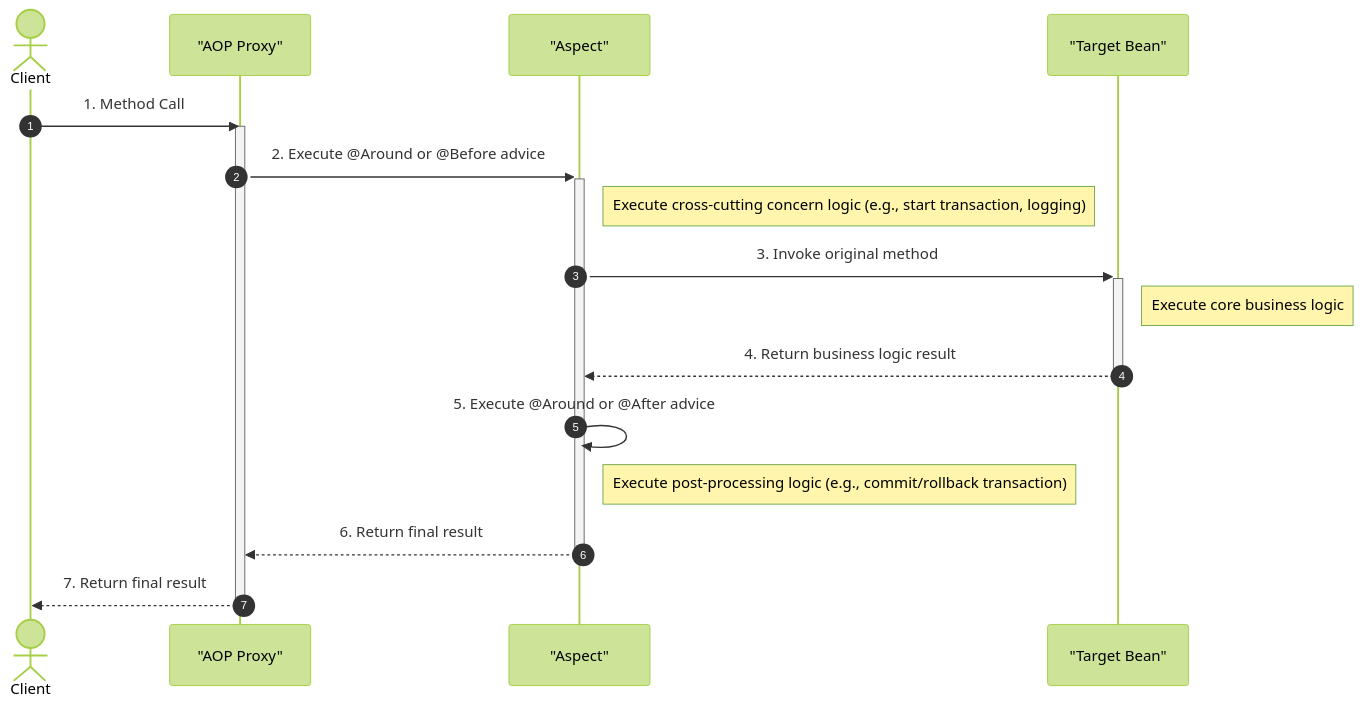
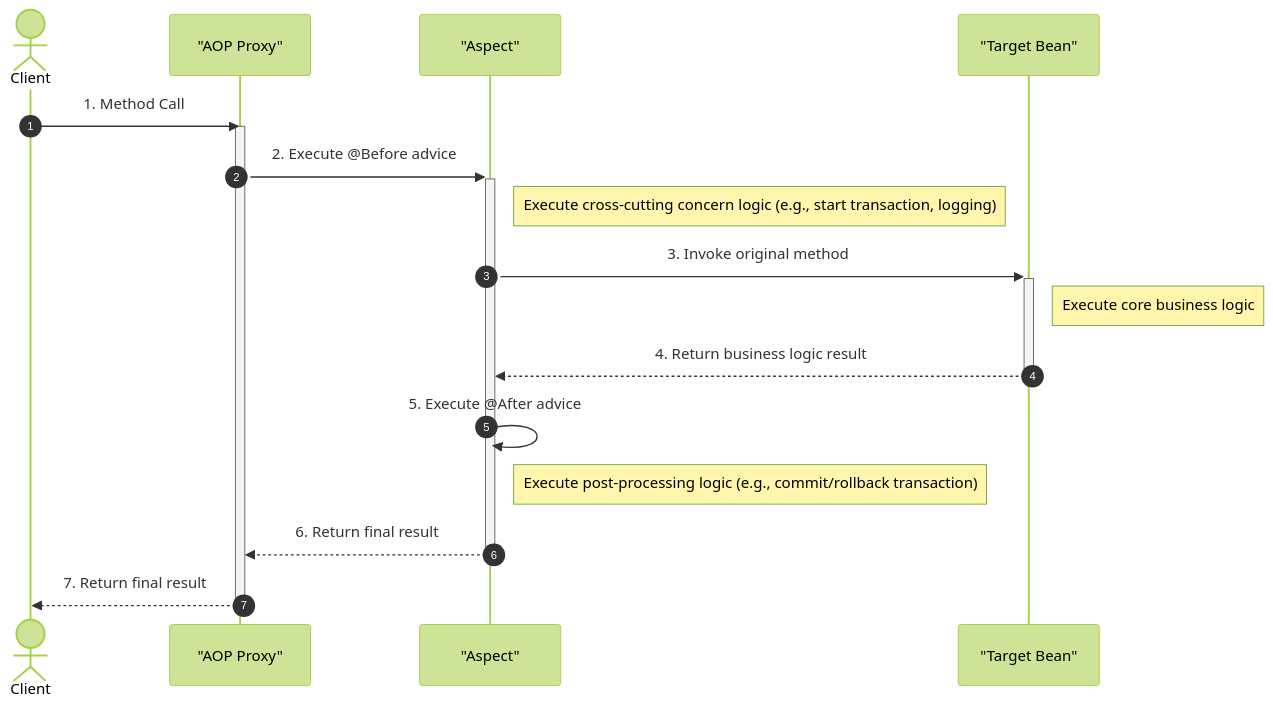
One commit to aspectran/aspectran.github.io changed the ninth of 9 diagrams in _pages/en/docs/guides/aspectran-architecture-diagrams.md. Above: the diagram before and after it, drawn with Mermaid (forest theme). The commit also changed 57 other files, not shown here.

````diff
--- a/_pages/en/docs/guides/aspectran-architecture-diagrams.md
+++ b/_pages/en/docs/guides/aspectran-architecture-diagrams.md
@@ -522,30 +522,30 @@
 ```mermaid
 sequenceDiagram
     autonumber
     actor Client
     participant Proxy as "AOP Proxy"
     participant Aspect as "Aspect"
     participant Target as "Target Bean"
 
     Client->>Proxy: 1. Method Call
 
     activate Proxy
-    Proxy->>+Aspect: 2. Execute @Around or @Before advice
+    Proxy->>+Aspect: 2. Execute @Before advice
 
     note right of Aspect: Execute cross-cutting concern logic (e.g., start transaction, logging)
 
     Aspect->>+Target: 3. Invoke original method
 
     note right of Target: Execute core business logic
 
     Target-->>-Aspect: 4. Return business logic result
 
-    Aspect->>Aspect: 5. Execute @Around or @After advice
+    Aspect->>Aspect: 5. Execute @After advice
 
     note right of Aspect: Execute post-processing logic (e.g., commit/rollback transaction)
 
     Aspect-->>-Proxy: 6. Return final result
 
     Proxy-->>Client: 7. Return final result
     deactivate Proxy
 ```
````
